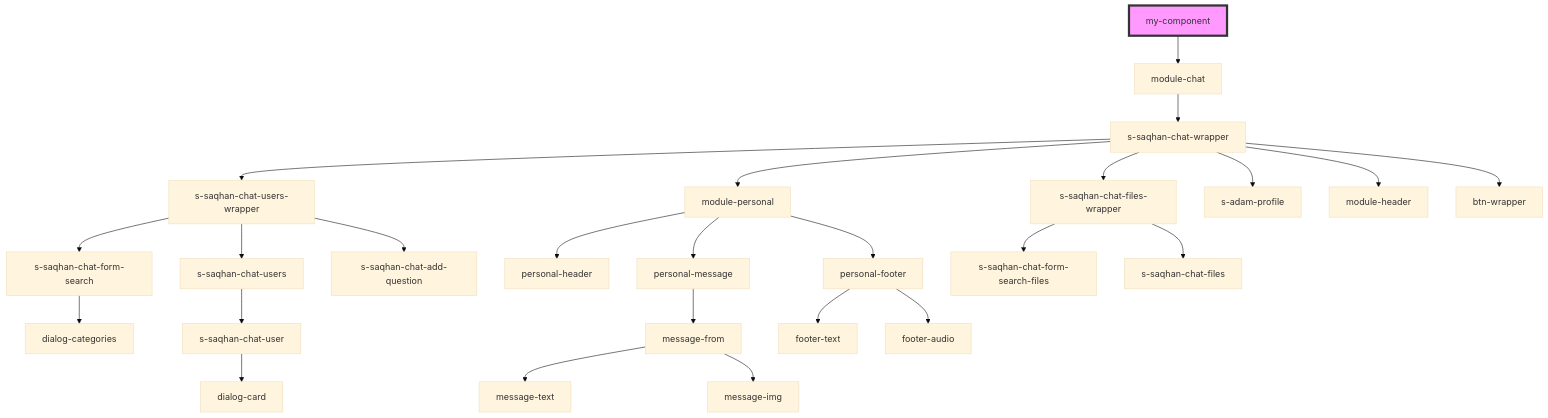
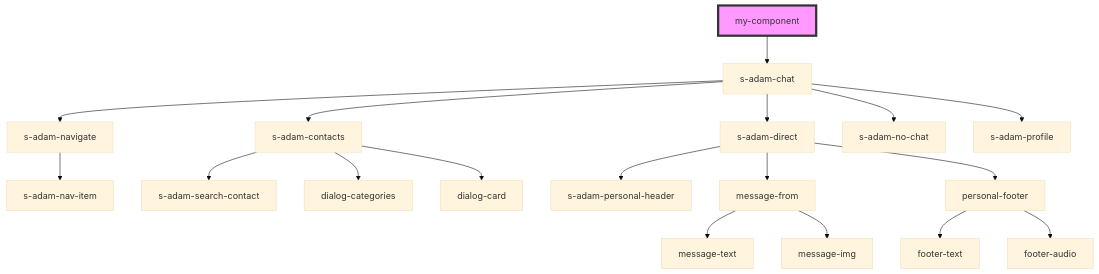
The diagram in src/components/my-component/readme.md (saqhan/stencil-chat), drawn with Mermaid (base theme) before and after one commit. The commit also changed other lines of this file and 4 other files, not shown here.

````diff
--- a/src/components/my-component/readme.md
+++ b/src/components/my-component/readme.md
@@ -13,28 +13,21 @@
 ```mermaid
 graph TD;
-  my-component --> module-chat
-  module-chat --> s-saqhan-chat-wrapper
-  s-saqhan-chat-wrapper --> s-saqhan-chat-users-wrapper
-  s-saqhan-chat-wrapper --> module-personal
-  s-saqhan-chat-wrapper --> s-saqhan-chat-files-wrapper
-  s-saqhan-chat-wrapper --> s-adam-profile
-  s-saqhan-chat-wrapper --> module-header
-  s-saqhan-chat-wrapper --> btn-wrapper
-  s-saqhan-chat-users-wrapper --> s-saqhan-chat-form-search
-  s-saqhan-chat-users-wrapper --> s-saqhan-chat-users
-  s-saqhan-chat-users-wrapper --> s-saqhan-chat-add-question
-  s-saqhan-chat-form-search --> dialog-categories
-  s-saqhan-chat-users --> s-saqhan-chat-user
-  s-saqhan-chat-user --> dialog-card
-  module-personal --> personal-header
-  module-personal --> personal-message
-  module-personal --> personal-footer
-  personal-message --> message-from
+  my-component --> s-adam-chat
+  s-adam-chat --> s-adam-navigate
+  s-adam-chat --> s-adam-contacts
+  s-adam-chat --> s-adam-direct
+  s-adam-chat --> s-adam-no-chat
+  s-adam-chat --> s-adam-profile
+  s-adam-navigate --> s-adam-nav-item
+  s-adam-contacts --> s-adam-search-contact
+  s-adam-contacts --> dialog-categories
+  s-adam-contacts --> dialog-card
+  s-adam-direct --> s-adam-personal-header
+  s-adam-direct --> message-from
+  s-adam-direct --> personal-footer
   message-from --> message-text
   message-from --> message-img
   personal-footer --> footer-text
   personal-footer --> footer-audio
-  s-saqhan-chat-files-wrapper --> s-saqhan-chat-form-search-files
-  s-saqhan-chat-files-wrapper --> s-saqhan-chat-files
   style my-component fill:#f9f,stroke:#333,stroke-width:4px
 ```
````
